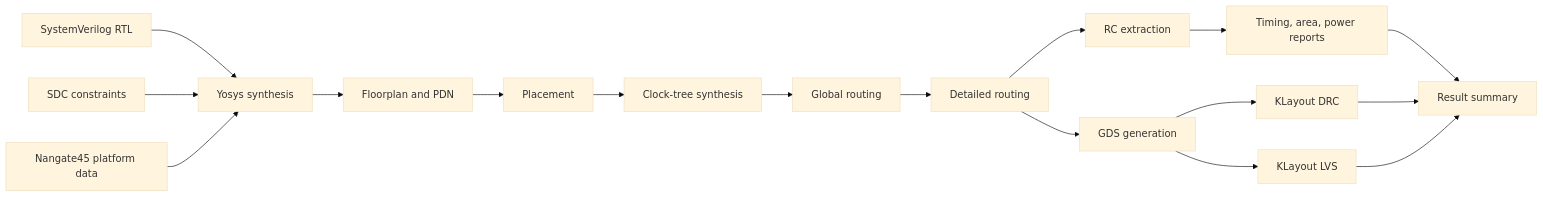
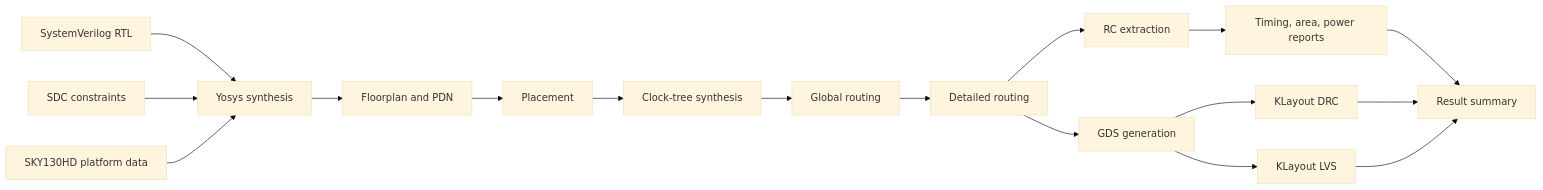
The diagram in docs/superpowers/specs/2026-10-19-openroad-systolic2x2-design.md (hongdami/OpenROAD), drawn with Mermaid (base theme) before and after one commit. The commit also changed other lines of this file and 7 other files, not shown here.

Commit message:
feat: migrate physical flow to SKY130HD

````diff
--- a/docs/superpowers/specs/2026-10-19-openroad-systolic2x2-design.md
+++ b/docs/superpowers/specs/2026-10-19-openroad-systolic2x2-design.md
@@ -135,19 +144,19 @@
 ```mermaid
 flowchart LR
     RTL[SystemVerilog RTL] --> SYN[Yosys synthesis]
     SDC[SDC constraints] --> SYN
-    NG[Nangate45 platform data] --> SYN
+    SKY[SKY130HD platform data] --> SYN
     SYN --> FP[Floorplan and PDN]
     FP --> PL[Placement]
     PL --> CTS[Clock-tree synthesis]
     CTS --> GR[Global routing]
     GR --> DR[Detailed routing]
     DR --> EXT[RC extraction]
     EXT --> RPT[Timing, area, power reports]
     DR --> GDS[GDS generation]
     GDS --> DRC[KLayout DRC]
     GDS --> LVS[KLayout LVS]
     RPT --> SUM[Result summary]
     DRC --> SUM
     LVS --> SUM
 ```
````
